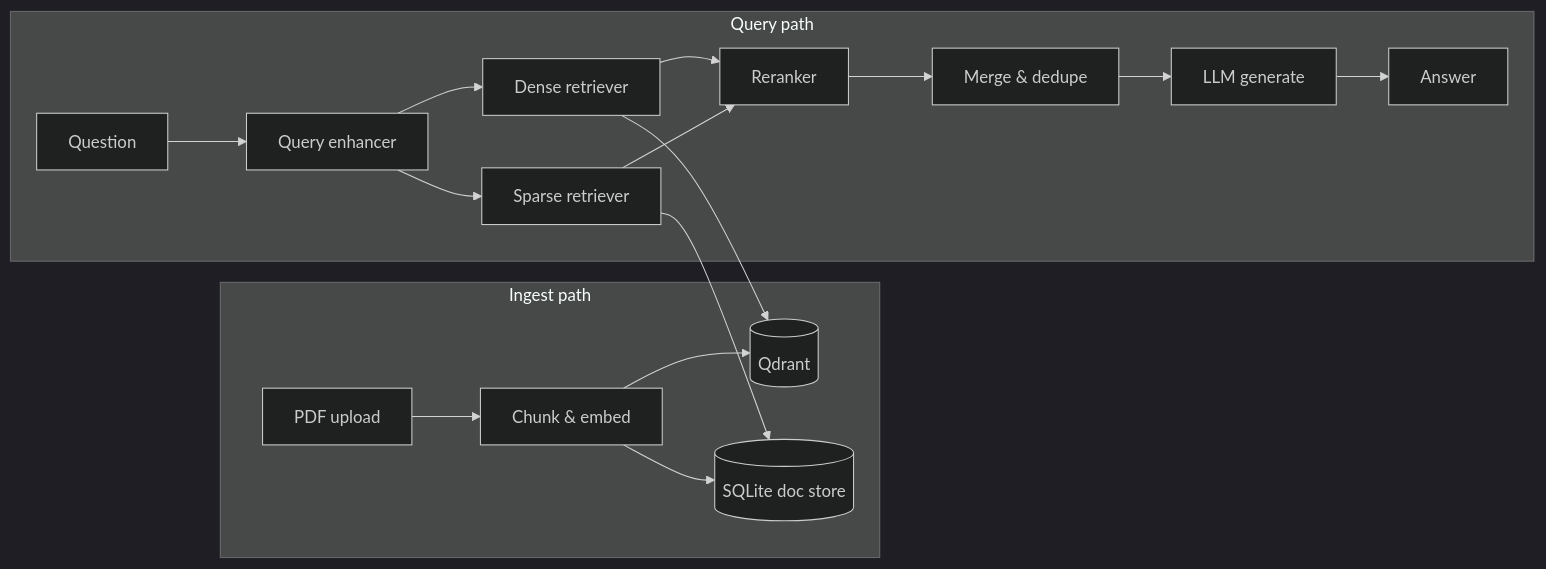
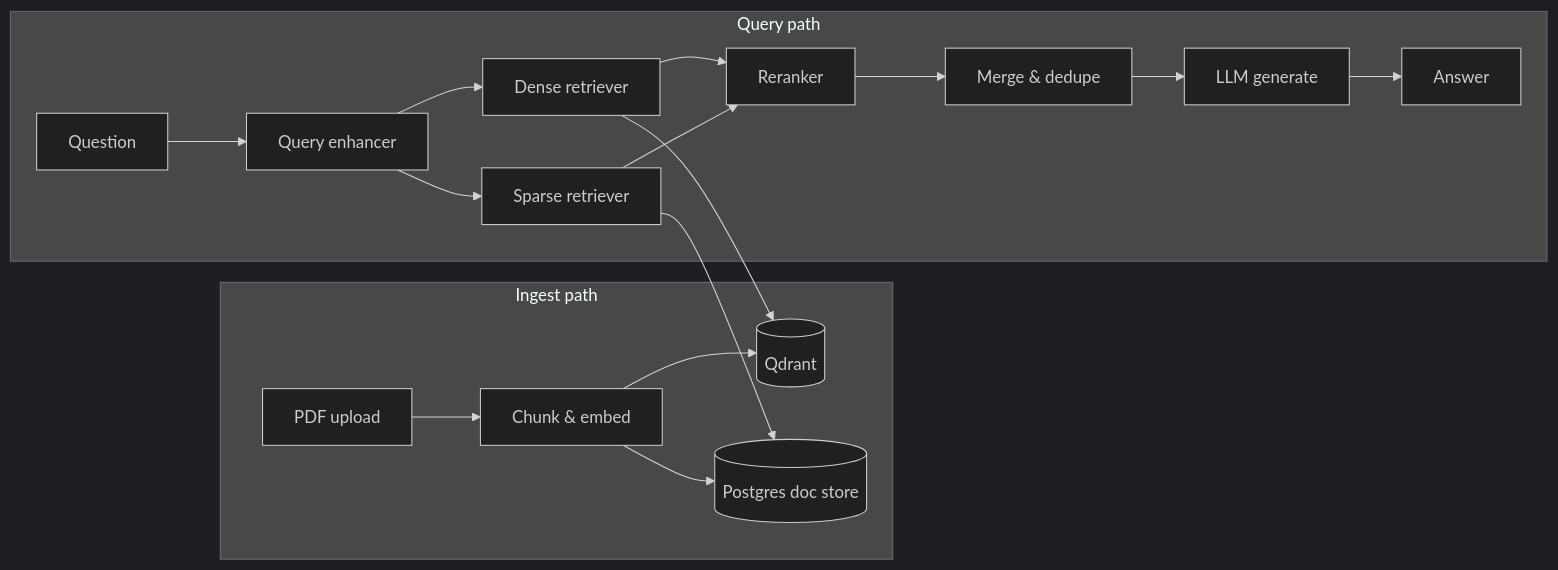
One commit to sachanritik1/semantic-search changed the diagram in README.md. Above: the diagram before and after it, drawn with Mermaid (dark theme). The commit also changed other lines of this file and 21 other files, not shown here.

First line of the commit message:
feat(database): migrate from SQLite to PostgreSQL and integrate Alembic for schema management

````diff
--- a/README.md
+++ b/README.md
@@ -20,21 +20,21 @@
 ```mermaid
 flowchart LR
     subgraph ingest [Ingest path]
         PDF[PDF upload] --> Chunk[Chunk & embed]
         Chunk --> Qdrant[(Qdrant)]
-        Chunk --> SQLite[(SQLite doc store)]
+        Chunk --> Postgres[(Postgres doc store)]
     end
 
     subgraph query [Query path]
         Q[Question] --> Enhance[Query enhancer]
         Enhance --> Dense[Dense retriever]
         Enhance --> Sparse[Sparse retriever]
         Dense --> Qdrant
-        Sparse --> SQLite
+        Sparse --> Postgres
         Dense --> Rerank[Reranker]
         Sparse --> Rerank
         Rerank --> Merge[Merge & dedupe]
         Merge --> LLM[LLM generate]
         LLM --> Answer[Answer]
     end
 ```
````
